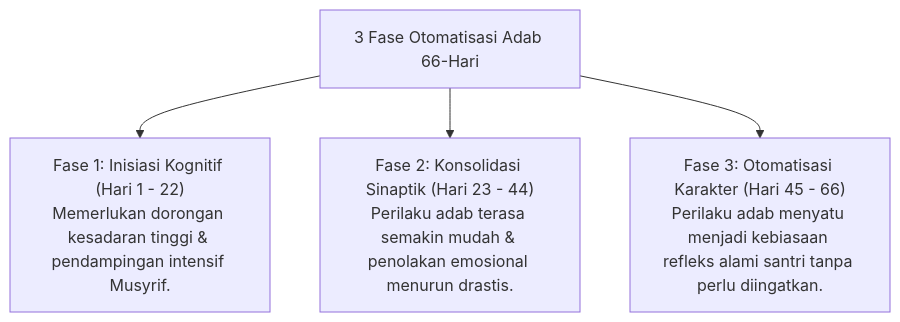
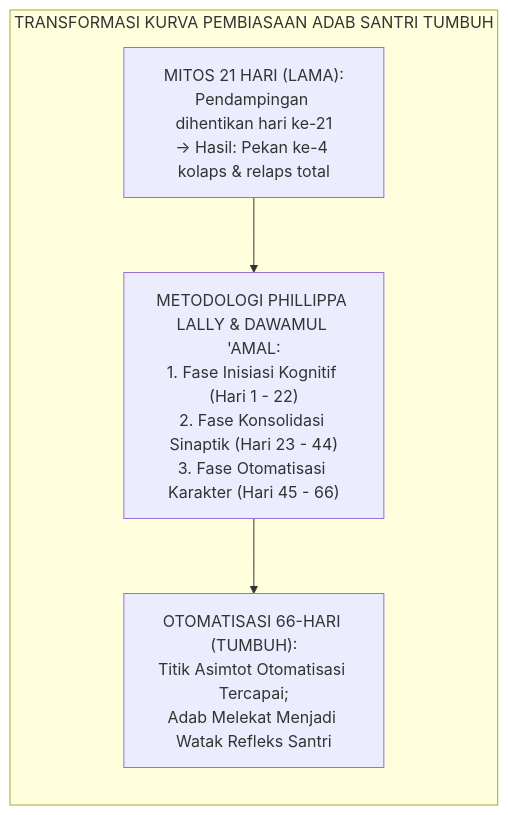
One commit to wandiapriliyandi/tumbuh changed the first of 2 diagrams in 10 Methods/05 Habit Formation/P10-05-03-Metode-Otomatisasi-Habituasi-Adab-66-Hari.md. Above: the diagram before and after it, drawn with Mermaid. The commit also changed other lines of this file and 3 other files, not shown here.

````diff
--- a/10 Methods/05 Habit Formation/P10-05-03-Metode-Otomatisasi-Habituasi-Adab-66-Hari.md
+++ b/10 Methods/05 Habit Formation/P10-05-03-Metode-Otomatisasi-Habituasi-Adab-66-Hari.md
@@ -14,7 +28,7 @@
 ```mermaid
-graph TD
-    AutomationPhases["3 Fase Otomatisasi Adab 66-Hari"]
-    AutomationPhases --> Phase1["Fase 1: Inisiasi Kognitif (Hari 1 - 22)<br/>Memerlukan dorongan kesadaran tinggi & pendampingan intensif Musyrif."]
-    AutomationPhases --> Phase2["Fase 2: Konsolidasi Sinaptik (Hari 23 - 44)<br/>Perilaku adab terasa semakin mudah & penolakan emosional menurun drastis."]
-    AutomationPhases --> Phase3["Fase 3: Otomatisasi Karakter (Hari 45 - 66)<br/>Perilaku adab menyatu menjadi kebiasaan refleks alami santri tanpa perlu diingatkan."]
+flowchart LR
+    subgraph Habituation66DaysTransformation["TRANSFORMASI KURVA PEMBIASAAN ADAB SANTRI TUMBUH"]
+        Myth21["MITOS 21 HARI (LAMA):<br/>Pendampingan dihentikan hari ke-21<br/>→ Hasil: Pekan ke-4 kolaps & relaps total"] --> Shift["METODOLOGI PHILLIPPA LALLY & DAWAMUL 'AMAL:<br/>1. Fase Inisiasi Kognitif (Hari 1 - 22)<br/>2. Fase Konsolidasi Sinaptik (Hari 23 - 44)<br/>3. Fase Otomatisasi Karakter (Hari 45 - 66)"]
+        Shift --> Asymptotic["OTOMATISASI 66-HARI (TUMBUH):<br/>Titik Asimtot Otomatisasi Tercapai;<br/>Adab Melekat Menjadi Watak Refleks Santri"]
+    end
 ```
````
